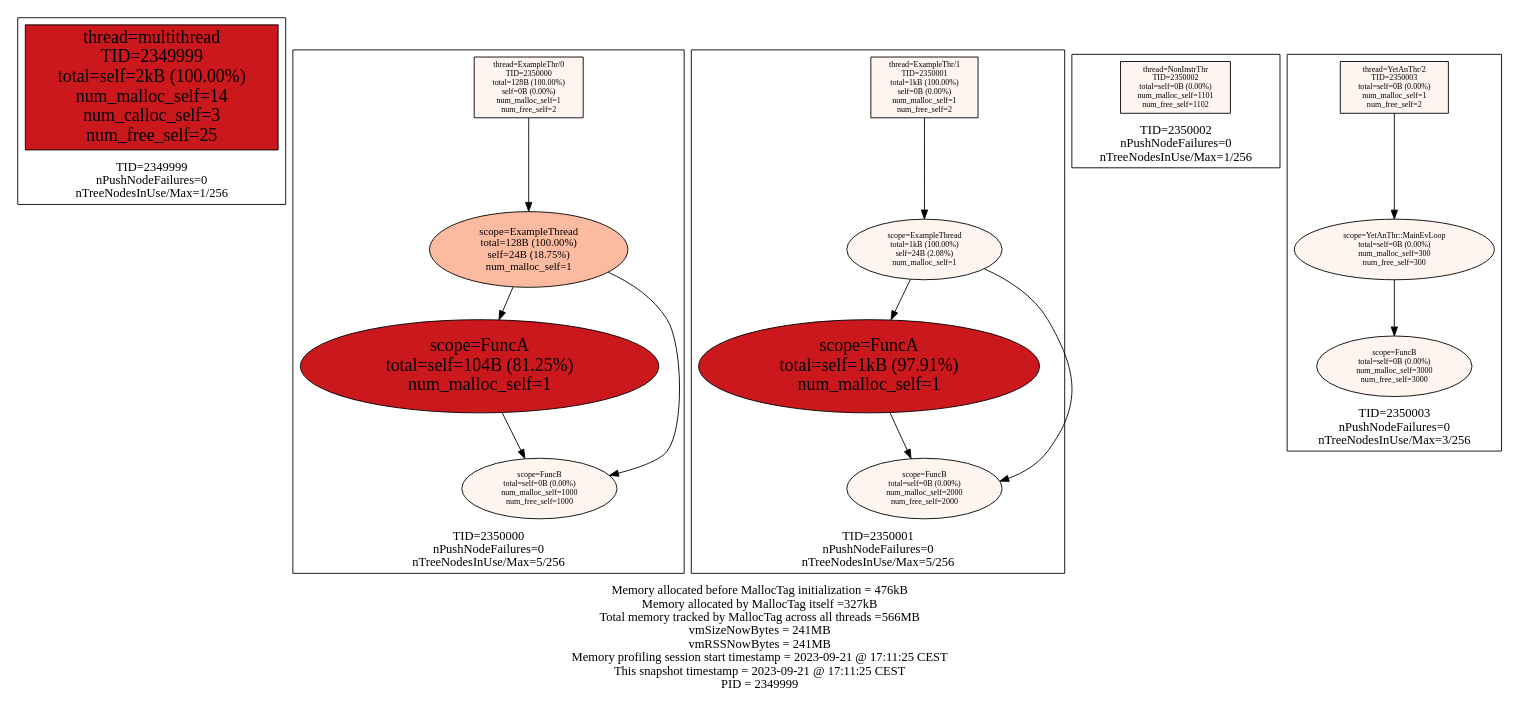
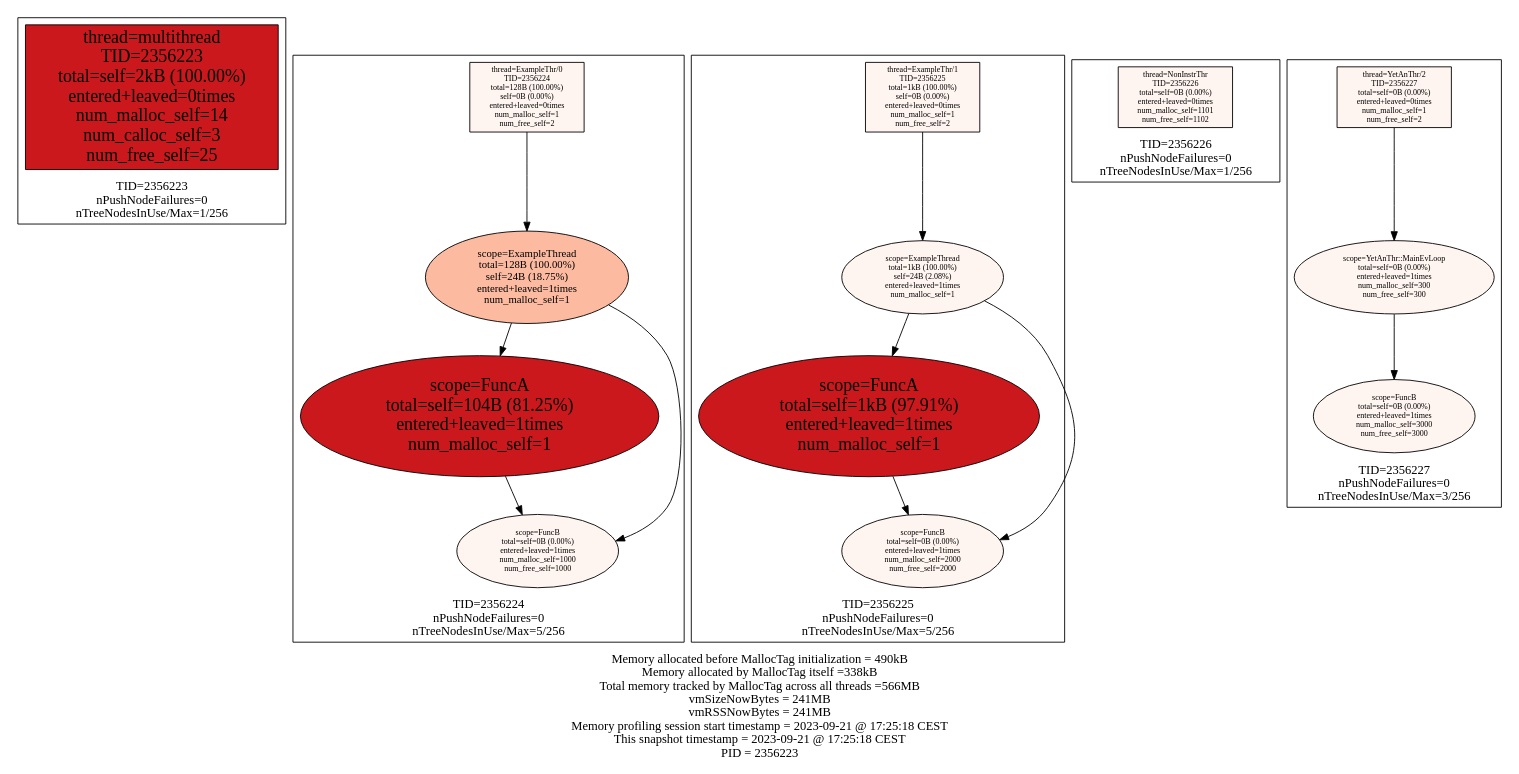
One commit to f18m/malloc-tag changed the diagram in examples/multithread/multithread_stats.dot. Above: the diagram before and after it, drawn with Graphviz. The commit also changed 8 other files, not shown here.

```diff
--- a/examples/multithread/multithread_stats.dot
+++ b/examples/multithread/multithread_stats.dot
@@ -1,60 +1,60 @@
 digraph MallocTree {
  node [colorscheme=reds9 style=filled]
- subgraph cluster_TID2349999 {
+ subgraph cluster_TID2356223 {
   node [colorscheme=reds9 style=filled]
   labelloc="b"
-  label="TID=2349999\nnPushNodeFailures=0\nnTreeNodesInUse/Max=1/256\n"
-  "2349999_multithread" [label="thread=multithread\nTID=2349999\ntotal=self=2kB (100.00%)\nnum_malloc_self=14\nnum_calloc_self=3\nnum_free_self=25" shape=box fillcolor=7 fontsize=20]
+  label="TID=2356223\nnPushNodeFailures=0\nnTreeNodesInUse/Max=1/256\n"
+  "2356223_multithread" [label="thread=multithread\nTID=2356223\ntotal=self=2kB (100.00%)\nentered+leaved=0times\nnum_malloc_self=14\nnum_calloc_self=3\nnum_free_self=25" shape=box fillcolor=7 fontsize=20]
  }
 
- subgraph cluster_TID2350000 {
+ subgraph cluster_TID2356224 {
   node [colorscheme=reds9 style=filled]
   labelloc="b"
-  label="TID=2350000\nnPushNodeFailures=0\nnTreeNodesInUse/Max=5/256\n"
-  "2350000_ExampleThr/0" [label="thread=ExampleThr/0\nTID=2350000\ntotal=128B (100.00%)\nself=0B (0.00%)\nnum_malloc_self=1\nnum_free_self=2" shape=box fillcolor=1 fontsize=9]
-  "2350000_ExampleThr/0" -> "2350000_ExampleThread"
-  "2350000_ExampleThread" [label="scope=ExampleThread\ntotal=128B (100.00%)\nself=24B (18.75%)\nnum_malloc_self=1" fillcolor=3 fontsize=12]
-  "2350000_ExampleThread" -> "2350000_FuncA"
-  "2350000_ExampleThread" -> "2350000_FuncB"
-  "2350000_FuncA" [label="scope=FuncA\ntotal=self=104B (81.25%)\nnum_malloc_self=1" fillcolor=7 fontsize=20]
-  "2350000_FuncA" -> "2350000_FuncB"
-  "2350000_FuncB" [label="scope=FuncB\ntotal=self=0B (0.00%)\nnum_malloc_self=1000\nnum_free_self=1000" fillcolor=1 fontsize=9]
-  "2350000_FuncB" [label="scope=FuncB\ntotal=self=0B (0.00%)\nnum_malloc_self=1000\nnum_free_self=1000" fillcolor=1 fontsize=9]
+  label="TID=2356224\nnPushNodeFailures=0\nnTreeNodesInUse/Max=5/256\n"
+  "2356224_ExampleThr/0" [label="thread=ExampleThr/0\nTID=2356224\ntotal=128B (100.00%)\nself=0B (0.00%)\nentered+leaved=0times\nnum_malloc_self=1\nnum_free_self=2" shape=box fillcolor=1 fontsize=9]
+  "2356224_ExampleThr/0" -> "2356224_ExampleThread"
+  "2356224_ExampleThread" [label="scope=ExampleThread\ntotal=128B (100.00%)\nself=24B (18.75%)\nentered+leaved=1times\nnum_malloc_self=1" fillcolor=3 fontsize=12]
+  "2356224_ExampleThread" -> "2356224_FuncA"
+  "2356224_ExampleThread" -> "2356224_FuncB"
+  "2356224_FuncA" [label="scope=FuncA\ntotal=self=104B (81.25%)\nentered+leaved=1times\nnum_malloc_self=1" fillcolor=7 fontsize=20]
+  "2356224_FuncA" -> "2356224_FuncB"
+  "2356224_FuncB" [label="scope=FuncB\ntotal=self=0B (0.00%)\nentered+leaved=1times\nnum_malloc_self=1000\nnum_free_self=1000" fillcolor=1 fontsize=9]
+  "2356224_FuncB" [label="scope=FuncB\ntotal=self=0B (0.00%)\nentered+leaved=1times\nnum_malloc_self=1000\nnum_free_self=1000" fillcolor=1 fontsize=9]
  }
 
- subgraph cluster_TID2350001 {
+ subgraph cluster_TID2356225 {
   node [colorscheme=reds9 style=filled]
   labelloc="b"
-  label="TID=2350001\nnPushNodeFailures=0\nnTreeNodesInUse/Max=5/256\n"
-  "2350001_ExampleThr/1" [label="thread=ExampleThr/1\nTID=2350001\ntotal=1kB (100.00%)\nself=0B (0.00%)\nnum_malloc_self=1\nnum_free_self=2" shape=box fillcolor=1 fontsize=9]
-  "2350001_ExampleThr/1" -> "2350001_ExampleThread"
-  "2350001_ExampleThread" [label="scope=ExampleThread\ntotal=1kB (100.00%)\nself=24B (2.08%)\nnum_malloc_self=1" fillcolor=1 fontsize=9]
-  "2350001_ExampleThread" -> "2350001_FuncA"
-  "2350001_ExampleThread" -> "2350001_FuncB"
-  "2350001_FuncA" [label="scope=FuncA\ntotal=self=1kB (97.91%)\nnum_malloc_self=1" fillcolor=7 fontsize=20]
-  "2350001_FuncA" -> "2350001_FuncB"
-  "2350001_FuncB" [label="scope=FuncB\ntotal=self=0B (0.00%)\nnum_malloc_self=2000\nnum_free_self=2000" fillcolor=1 fontsize=9]
-  "2350001_FuncB" [label="scope=FuncB\ntotal=self=0B (0.00%)\nnum_malloc_self=2000\nnum_free_self=2000" fillcolor=1 fontsize=9]
+  label="TID=2356225\nnPushNodeFailures=0\nnTreeNodesInUse/Max=5/256\n"
+  "2356225_ExampleThr/1" [label="thread=ExampleThr/1\nTID=2356225\ntotal=1kB (100.00%)\nself=0B (0.00%)\nentered+leaved=0times\nnum_malloc_self=1\nnum_free_self=2" shape=box fillcolor=1 fontsize=9]
+  "2356225_ExampleThr/1" -> "2356225_ExampleThread"
+  "2356225_ExampleThread" [label="scope=ExampleThread\ntotal=1kB (100.00%)\nself=24B (2.08%)\nentered+leaved=1times\nnum_malloc_self=1" fillcolor=1 fontsize=9]
+  "2356225_ExampleThread" -> "2356225_FuncA"
+  "2356225_ExampleThread" -> "2356225_FuncB"
+  "2356225_FuncA" [label="scope=FuncA\ntotal=self=1kB (97.91%)\nentered+leaved=1times\nnum_malloc_self=1" fillcolor=7 fontsize=20]
+  "2356225_FuncA" -> "2356225_FuncB"
+  "2356225_FuncB" [label="scope=FuncB\ntotal=self=0B (0.00%)\nentered+leaved=1times\nnum_malloc_self=2000\nnum_free_self=2000" fillcolor=1 fontsize=9]
+  "2356225_FuncB" [label="scope=FuncB\ntotal=self=0B (0.00%)\nentered+leaved=1times\nnum_malloc_self=2000\nnum_free_self=2000" fillcolor=1 fontsize=9]
  }
 
- subgraph cluster_TID2350002 {
+ subgraph cluster_TID2356226 {
   node [colorscheme=reds9 style=filled]
   labelloc="b"
-  label="TID=2350002\nnPushNodeFailures=0\nnTreeNodesInUse/Max=1/256\n"
-  "2350002_NonInstrThr" [label="thread=NonInstrThr\nTID=2350002\ntotal=self=0B (0.00%)\nnum_malloc_self=1101\nnum_free_self=1102" shape=box fillcolor=1 fontsize=9]
+  label="TID=2356226\nnPushNodeFailures=0\nnTreeNodesInUse/Max=1/256\n"
+  "2356226_NonInstrThr" [label="thread=NonInstrThr\nTID=2356226\ntotal=self=0B (0.00%)\nentered+leaved=0times\nnum_malloc_self=1101\nnum_free_self=1102" shape=box fillcolor=1 fontsize=9]
  }
 
- subgraph cluster_TID2350003 {
+ subgraph cluster_TID2356227 {
   node [colorscheme=reds9 style=filled]
   labelloc="b"
-  label="TID=2350003\nnPushNodeFailures=0\nnTreeNodesInUse/Max=3/256\n"
-  "2350003_YetAnThr/2" [label="thread=YetAnThr/2\nTID=2350003\ntotal=self=0B (0.00%)\nnum_malloc_self=1\nnum_free_self=2" shape=box fillcolor=1 fontsize=9]
-  "2350003_YetAnThr/2" -> "2350003_YetAnThr::MainEvLoop"
-  "2350003_YetAnThr::MainEvLoop" [label="scope=YetAnThr::MainEvLoop\ntotal=self=0B (0.00%)\nnum_malloc_self=300\nnum_free_self=300" fillcolor=1 fontsize=9]
-  "2350003_YetAnThr::MainEvLoop" -> "2350003_FuncB"
-  "2350003_FuncB" [label="scope=FuncB\ntotal=self=0B (0.00%)\nnum_malloc_self=3000\nnum_free_self=3000" fillcolor=1 fontsize=9]
+  label="TID=2356227\nnPushNodeFailures=0\nnTreeNodesInUse/Max=3/256\n"
+  "2356227_YetAnThr/2" [label="thread=YetAnThr/2\nTID=2356227\ntotal=self=0B (0.00%)\nentered+leaved=0times\nnum_malloc_self=1\nnum_free_self=2" shape=box fillcolor=1 fontsize=9]
+  "2356227_YetAnThr/2" -> "2356227_YetAnThr::MainEvLoop"
+  "2356227_YetAnThr::MainEvLoop" [label="scope=YetAnThr::MainEvLoop\ntotal=self=0B (0.00%)\nentered+leaved=1times\nnum_malloc_self=300\nnum_free_self=300" fillcolor=1 fontsize=9]
+  "2356227_YetAnThr::MainEvLoop" -> "2356227_FuncB"
+  "2356227_FuncB" [label="scope=FuncB\ntotal=self=0B (0.00%)\nentered+leaved=1times\nnum_malloc_self=3000\nnum_free_self=3000" fillcolor=1 fontsize=9]
  }
 
  labelloc="b"
- label="Memory allocated before MallocTag initialization = 476kB\nMemory allocated by MallocTag itself =327kB\nTotal memory tracked by MallocTag across all threads =566MB\nvmSizeNowBytes = 241MB\nvmRSSNowBytes = 241MB\nMemory profiling session start timestamp = 2023-09-21 @ 17:11:25 CEST\nThis snapshot timestamp = 2023-09-21 @ 17:11:25 CEST\nPID = 2349999\n"
+ label="Memory allocated before MallocTag initialization = 490kB\nMemory allocated by MallocTag itself =338kB\nTotal memory tracked by MallocTag across all threads =566MB\nvmSizeNowBytes = 241MB\nvmRSSNowBytes = 241MB\nMemory profiling session start timestamp = 2023-09-21 @ 17:25:18 CEST\nThis snapshot timestamp = 2023-09-21 @ 17:25:18 CEST\nPID = 2356223\n"
 }
```
